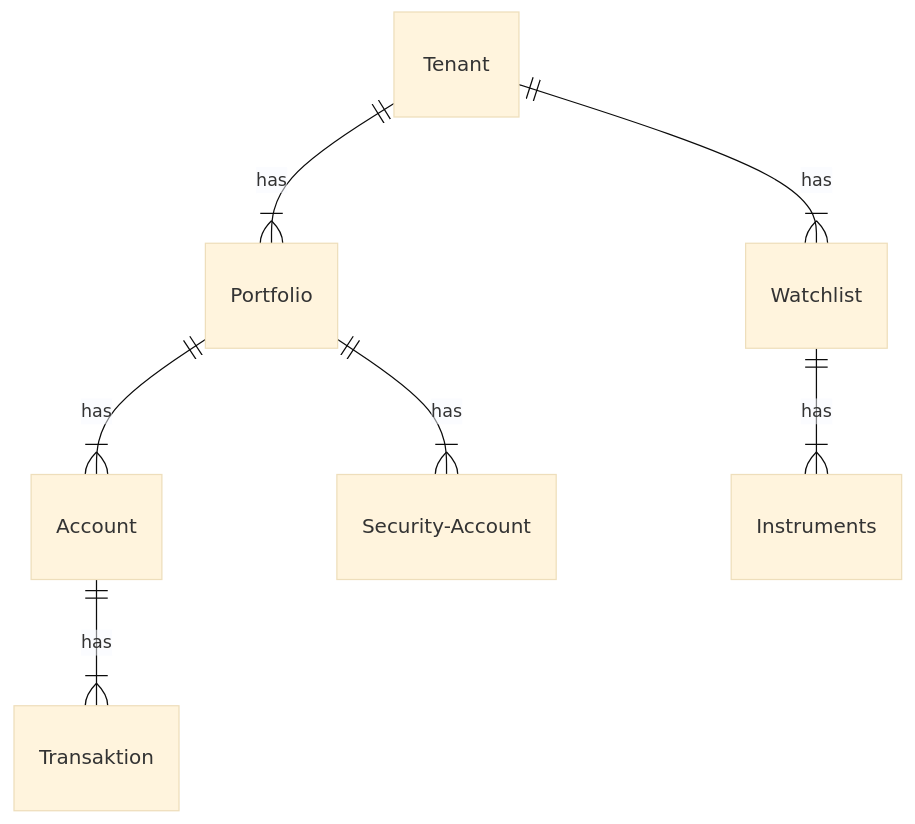
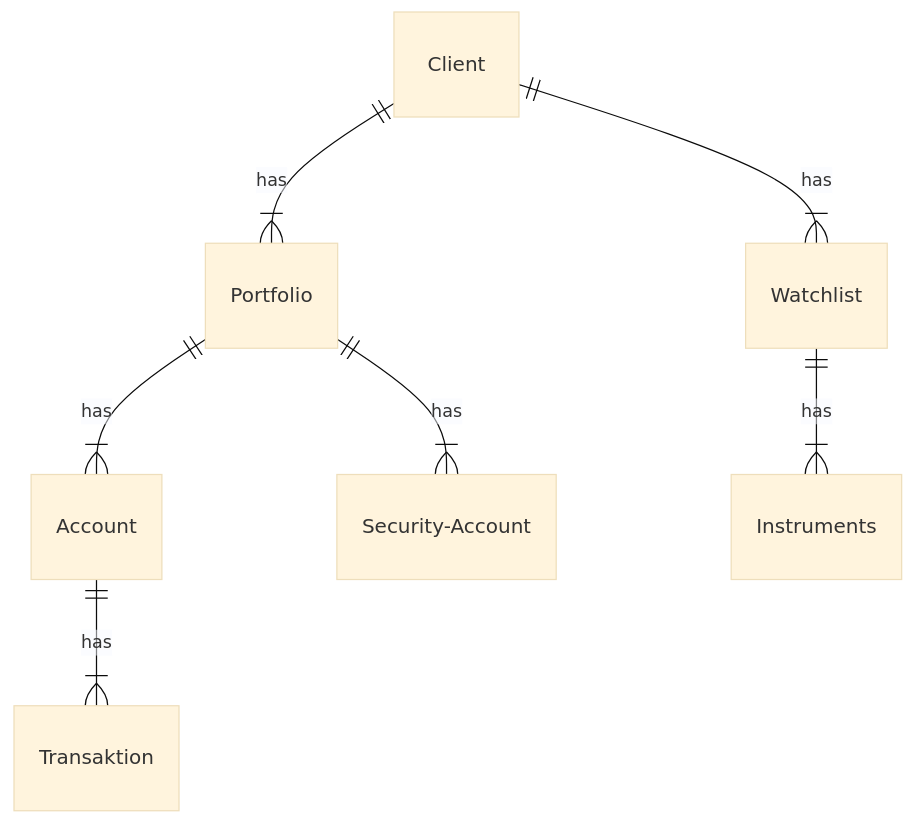
The diagram in manual/content/tenantportfolio/_index.en.md (grafioschtrader/grafioschtrader), drawn with Mermaid (base theme) before and after one commit. The commit also changed other lines of this file and 2 other files, not shown here.

```diff
--- a/manual/content/tenantportfolio/_index.en.md
+++ b/manual/content/tenantportfolio/_index.en.md
@@ -11,9 +11,9 @@
 {{< mermaid >}}
 erDiagram
-    Tenant ||--|{ Portfolio : has
+    Client ||--|{ Portfolio : has
     Portfolio ||--|{ Account : has
     Portfolio ||--|{ Security-Account : has
-    Tenant ||--|{ Watchlist : has
+    Client ||--|{ Watchlist : has
     Watchlist ||--|{ Instruments : has
     Account ||--|{ Transaktion : has
 {{< /mermaid >}}
```
